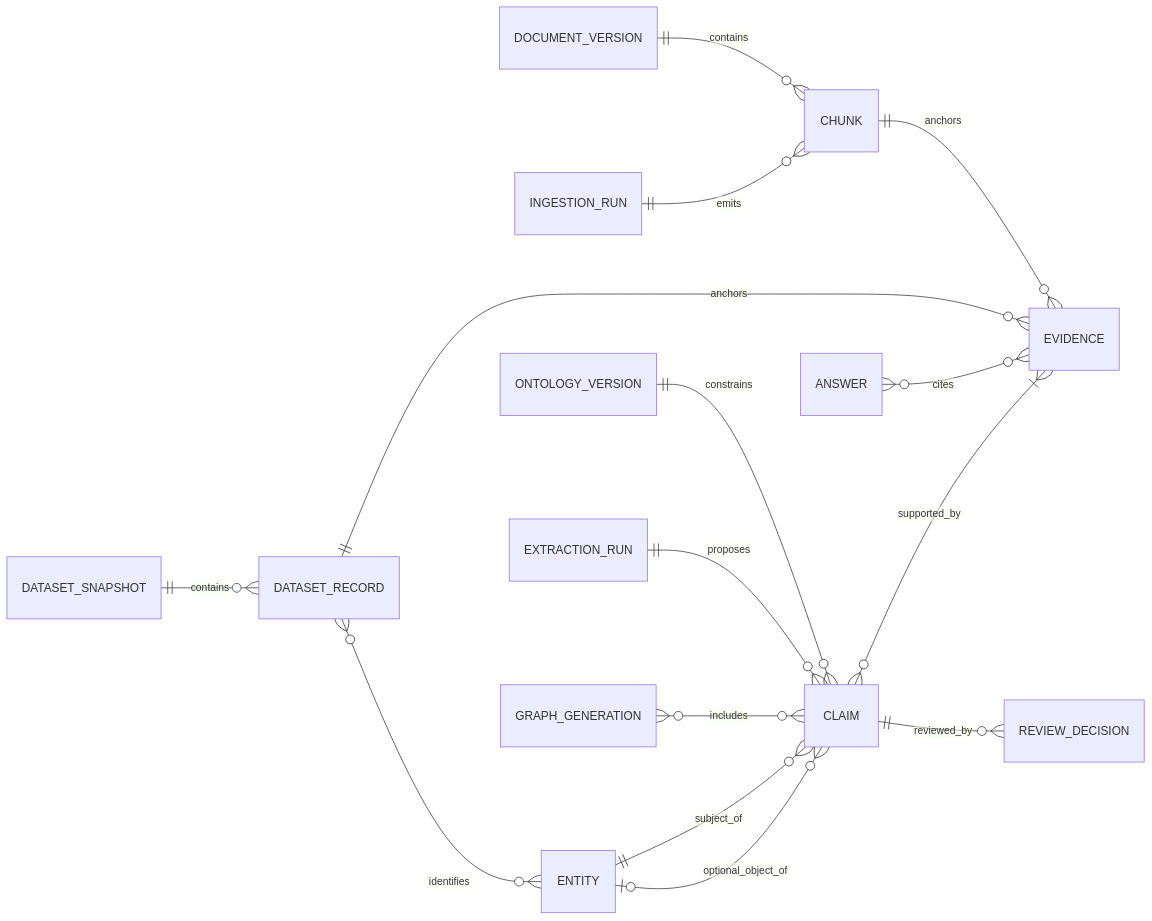
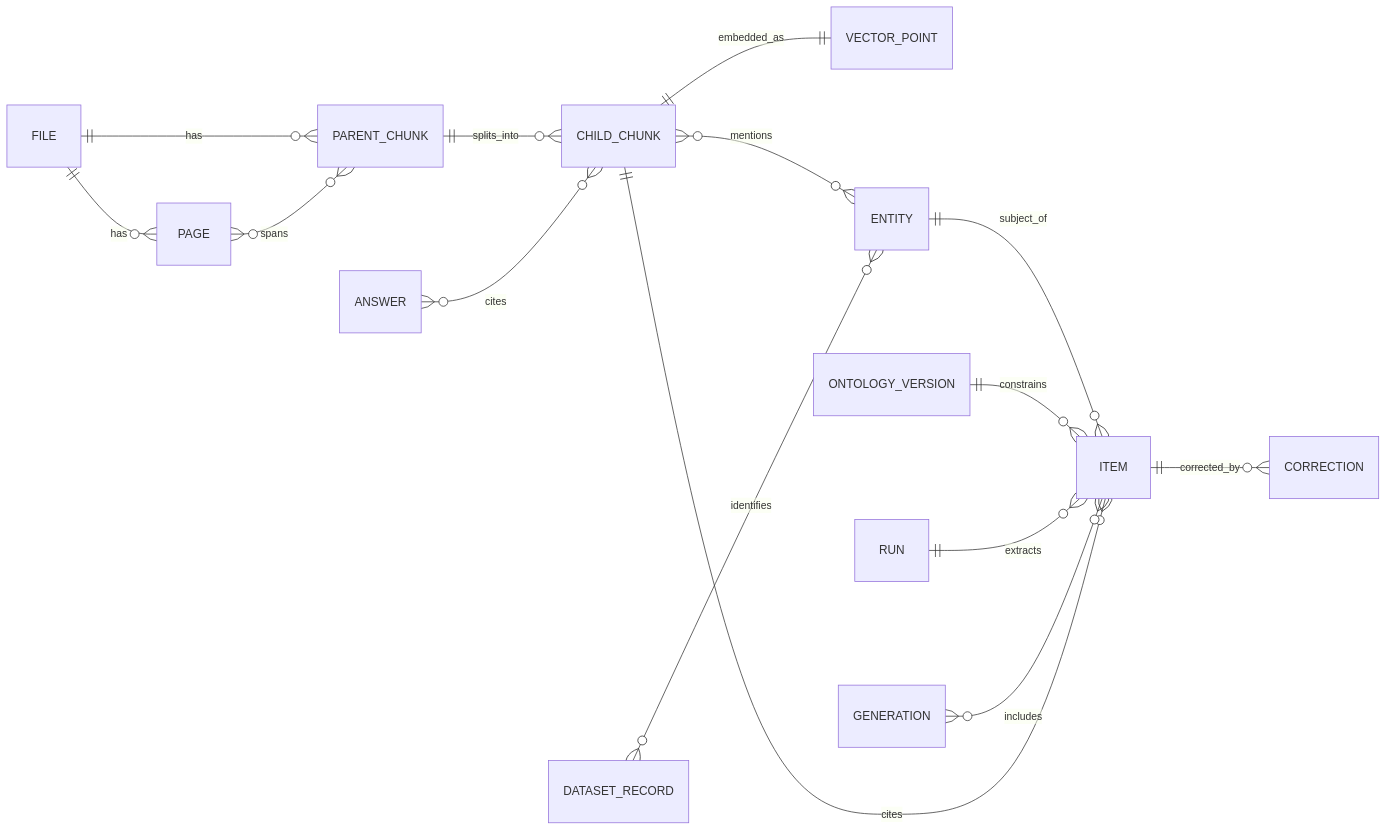
One commit to thaitri2005/Secure-O-G-LLM-and-Knowledge-Graph changed the fifth of 6 diagrams in docs/PROJECT_DESIGN.md. Above: the diagram before and after it, drawn with Mermaid. The commit also changed other lines of this file and 25 other files, not shown here.

First line of the commit message:
Rewrite docs for the 28 October direction: GraphRAG on drilling reports

````diff
--- a/docs/PROJECT_DESIGN.md
+++ b/docs/PROJECT_DESIGN.md
@@ -661,18 +736,18 @@
 ```mermaid
 erDiagram
     direction LR
-    DOCUMENT_VERSION ||--o{ CHUNK : contains
-    INGESTION_RUN ||--o{ CHUNK : emits
-    DATASET_SNAPSHOT ||--o{ DATASET_RECORD : contains
-    CHUNK ||--o{ EVIDENCE : anchors
-    DATASET_RECORD ||--o{ EVIDENCE : anchors
+    FILE ||--o{ PAGE : has
+    FILE ||--o{ PARENT_CHUNK : has
+    PAGE }o--o{ PARENT_CHUNK : spans
+    PARENT_CHUNK ||--o{ CHILD_CHUNK : splits_into
+    CHILD_CHUNK ||--|| VECTOR_POINT : embedded_as
+    CHILD_CHUNK }o--o{ ENTITY : mentions
     DATASET_RECORD }o--o{ ENTITY : identifies
-    ENTITY ||--o{ CLAIM : subject_of
-    ENTITY o|--o{ CLAIM : optional_object_of
-    CLAIM }o--|{ EVIDENCE : supported_by
-    ONTOLOGY_VERSION ||--o{ CLAIM : constrains
-    EXTRACTION_RUN ||--o{ CLAIM : proposes
-    CLAIM ||--o{ REVIEW_DECISION : reviewed_by
-    GRAPH_GENERATION }o--o{ CLAIM : includes
-    ANSWER }o--o{ EVIDENCE : cites
+    ENTITY ||--o{ ITEM : subject_of
+    ITEM }o--|| CHILD_CHUNK : cites
+    ONTOLOGY_VERSION ||--o{ ITEM : constrains
+    RUN ||--o{ ITEM : extracts
+    ITEM ||--o{ CORRECTION : corrected_by
+    GENERATION }o--o{ ITEM : includes
+    ANSWER }o--o{ CHILD_CHUNK : cites
 ```
````
